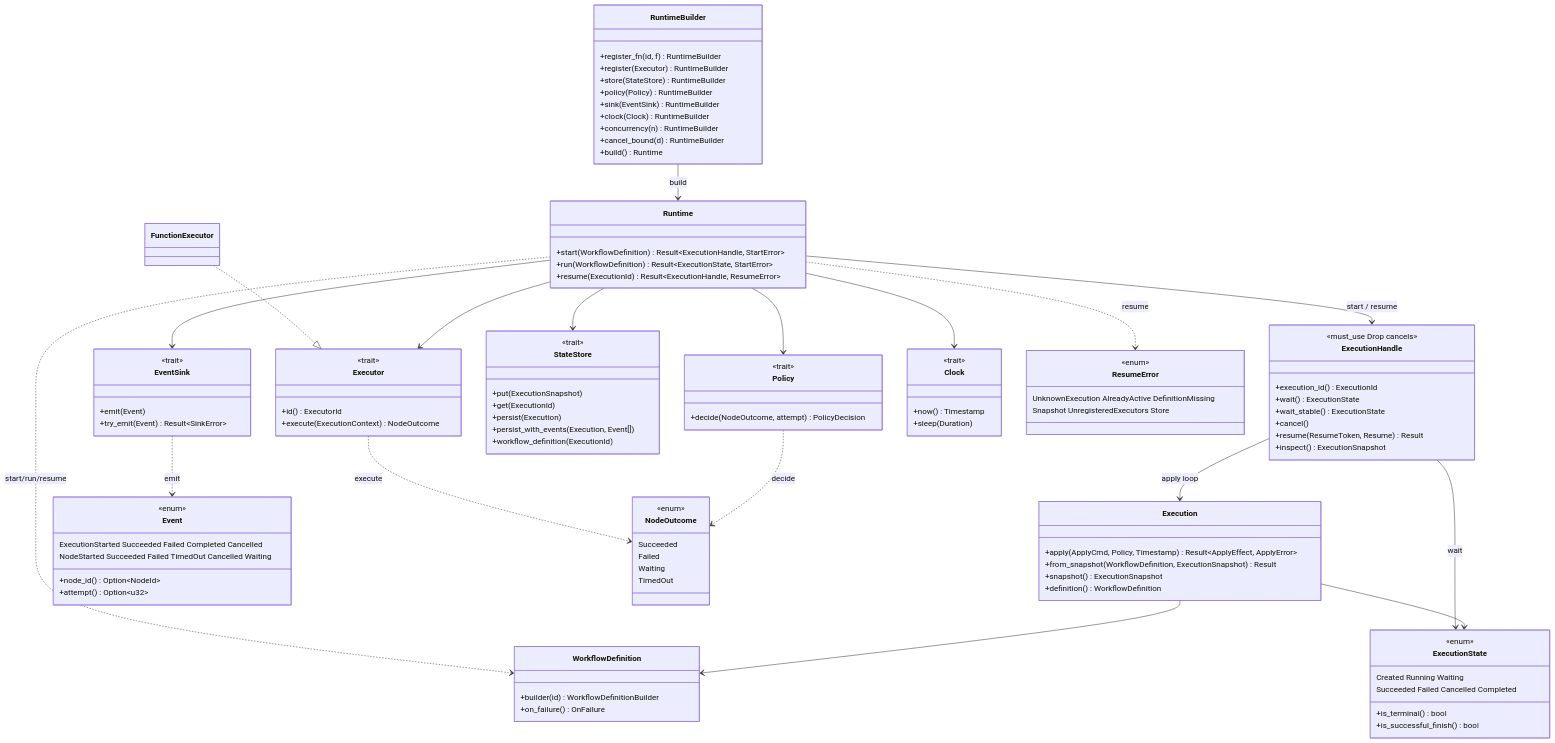
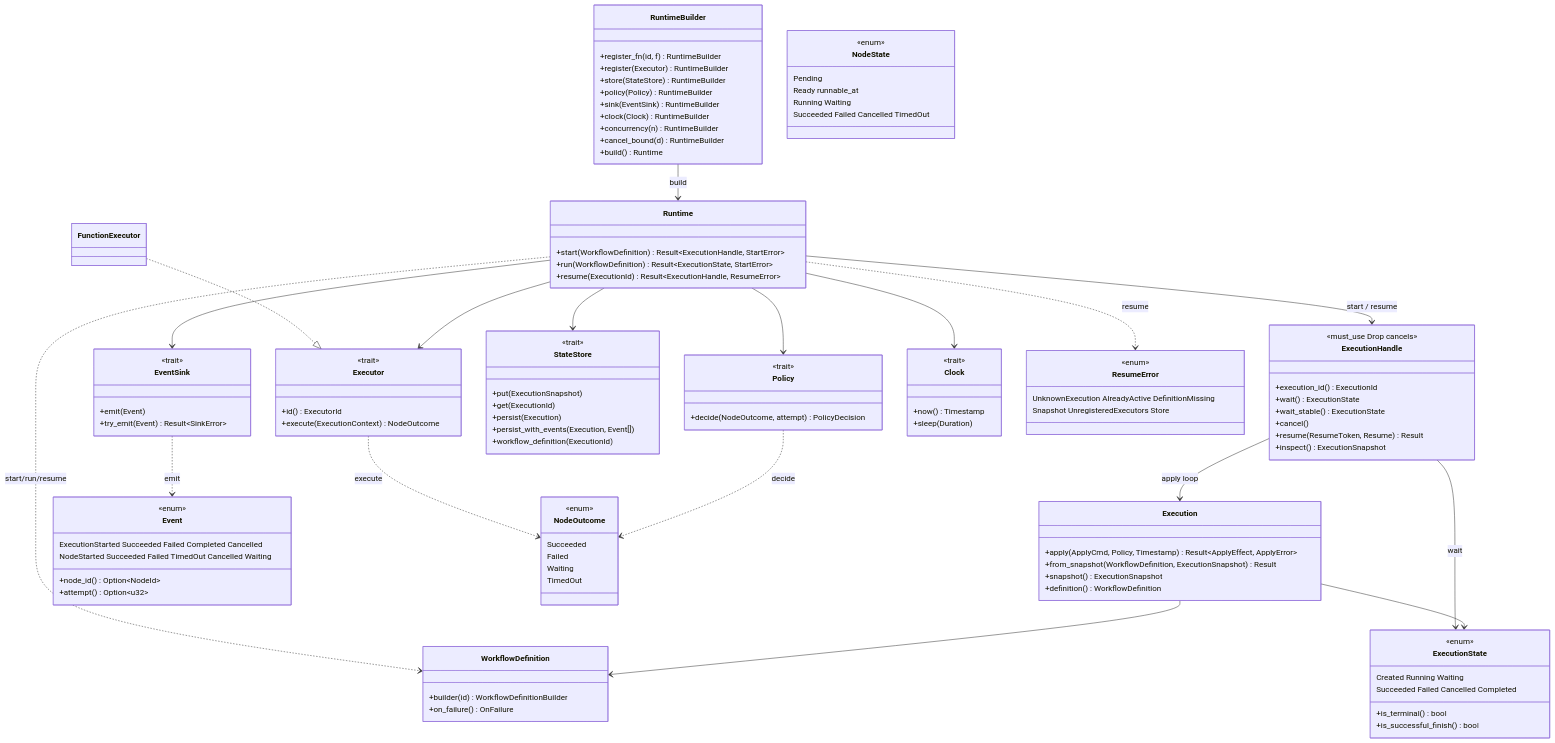
Before and after one commit to nessalabs/keel-rt: the second of 2 diagrams in docs/ARCHITECTURE.md, drawn with Mermaid. The commit also changed other lines of this file and 14 other files, not shown here.

```diff
--- a/docs/ARCHITECTURE.md
+++ b/docs/ARCHITECTURE.md
@@ -158,6 +158,13 @@
     +emit(Event)
     +try_emit(Event) Result~SinkError~
   }
+  class NodeState {
+    <<enum>>
+    Pending
+    Ready runnable_at
+    Running Waiting
+    Succeeded Failed Cancelled TimedOut
+  }
   class Clock {
     <<trait>>
     +now() Timestamp
```
